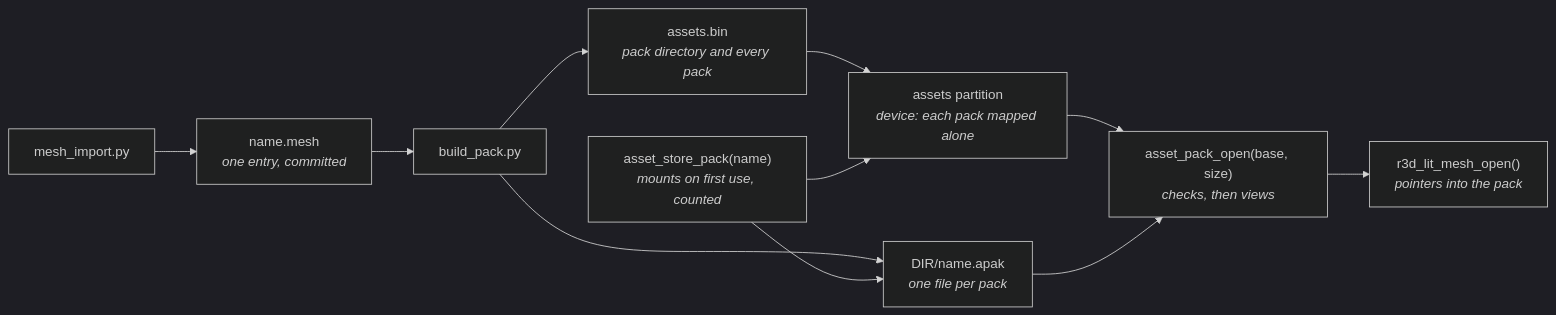
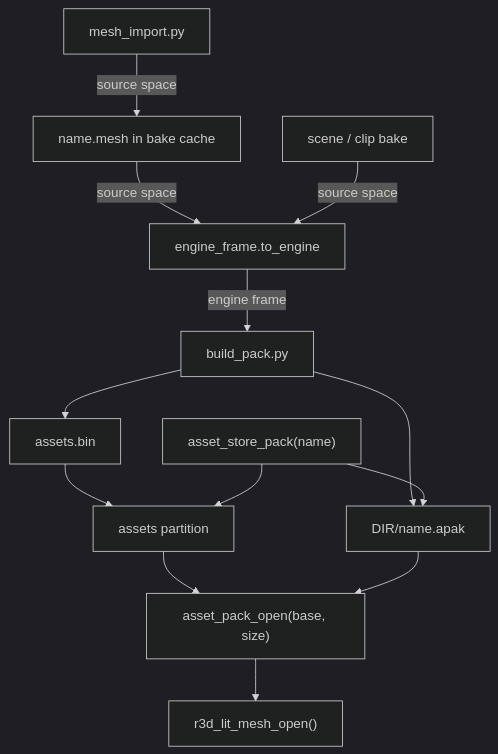
Before and after one commit to jose-villegas/autana: the diagram in docs/assets/README.md, drawn with Mermaid (dark theme). The commit also changed 29 other files, not shown here.

Commit message:
render: align source poses with engine packs

````diff
--- a/docs/assets/README.md
+++ b/docs/assets/README.md
@@ -10,13 +10,15 @@
 ```mermaid
-flowchart LR
-    Import["mesh_import.py"] --> Entry["name.mesh<br/><i>one entry, committed</i>"]
-    Entry --> Build["build_pack.py"]
-    Build --> Files["DIR/name.apak<br/><i>one file per pack</i>"]
-    Build --> Image["assets.bin<br/><i>pack directory and every pack</i>"]
-    Image --> Flash["assets partition<br/><i>device: each pack mapped alone</i>"]
-    Store["asset_store_pack(name)<br/><i>mounts on first use, counted</i>"] --> Flash
+flowchart TB
+    Import["mesh_import.py"] -->|source space| Entry["name.mesh in bake cache"]
+    Entry -->|source space| Mirror["engine_frame.to_engine"]
+    Authored["scene / clip bake"] -->|source space| Mirror
+    Mirror -->|engine frame| Build["build_pack.py"]
+    Build --> Files["DIR/name.apak"]
+    Build --> Image["assets.bin"]
+    Image --> Flash["assets partition"]
+    Store["asset_store_pack(name)"] --> Flash
     Store --> Files
-    Flash --> Open["asset_pack_open(base, size)<br/><i>checks, then views</i>"]
+    Flash --> Open["asset_pack_open(base, size)"]
     Files --> Open
-    Open --> View["r3d_lit_mesh_open()<br/><i>pointers into the pack</i>"]
+    Open --> View["r3d_lit_mesh_open()"]
 ```
````
